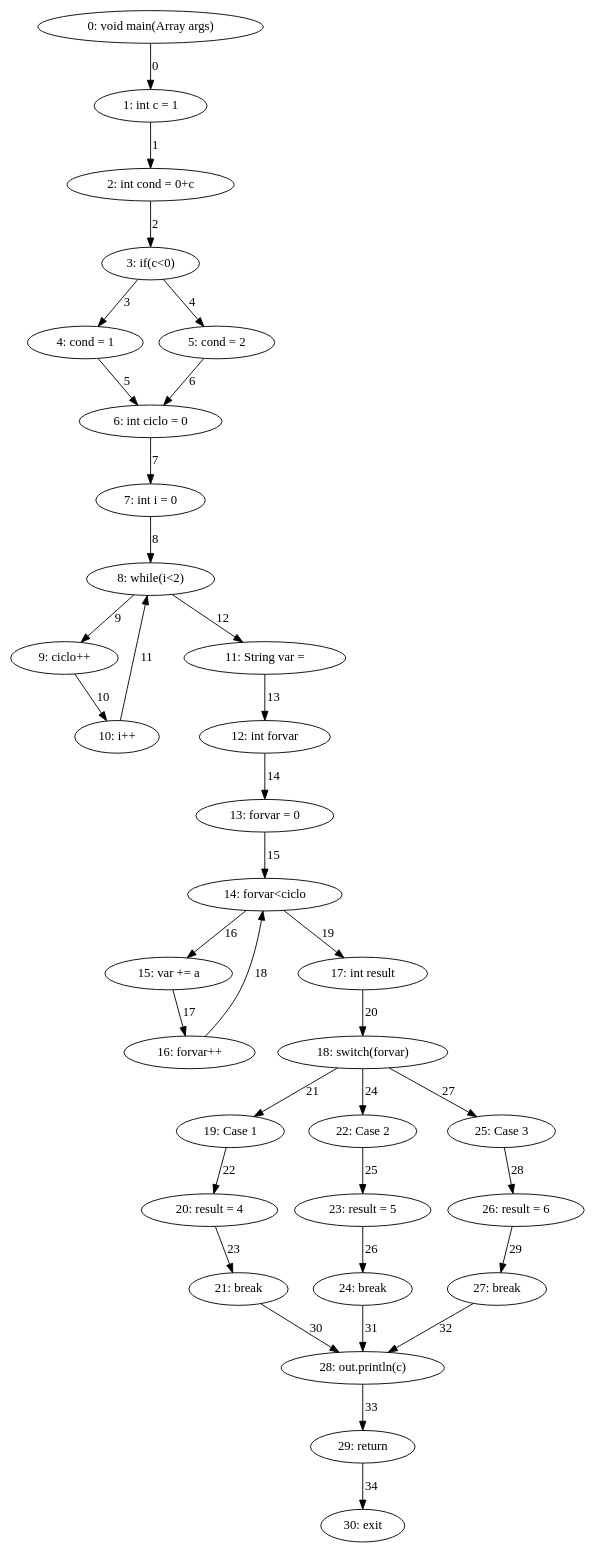
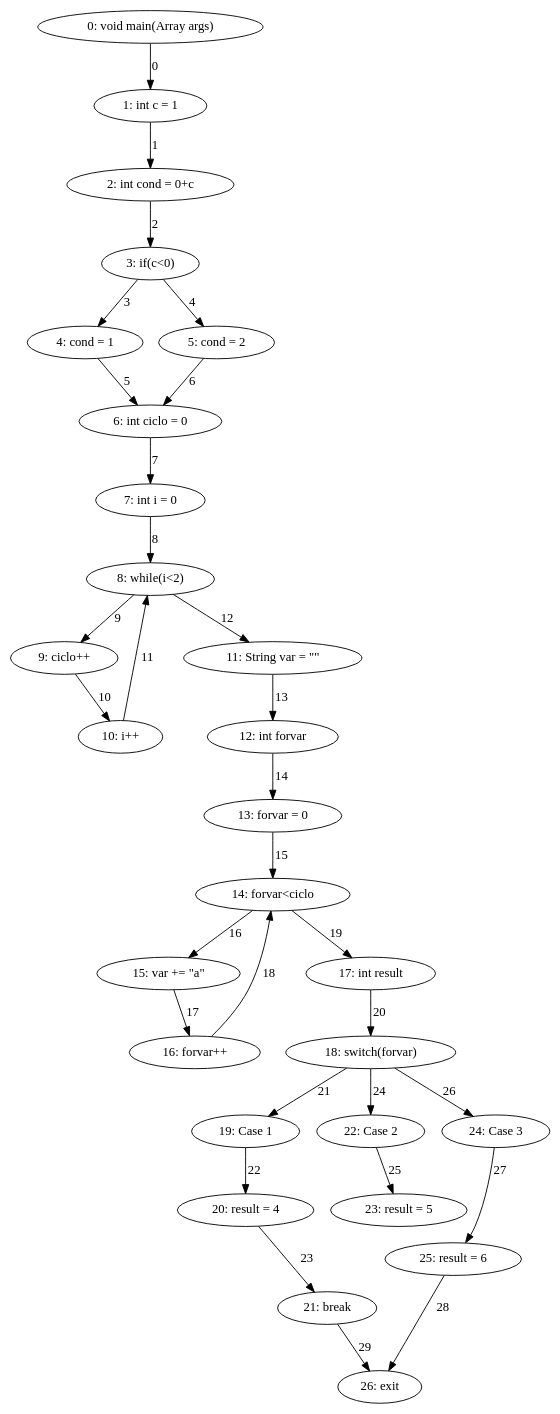
Before and after one commit to DominguesGM/comp_astanalyze: the diagram in export/ast2_cfg.dot, drawn with Graphviz. The commit also changed 15 other files, not shown here.

```diff
--- a/export/ast2_cfg.dot
+++ b/export/ast2_cfg.dot
@@ -1,68 +1,59 @@
 digraph G {
   1 [ label="0: void main(Array args)" ];
   2 [ label="1: int c = 1" ];
   3 [ label="2: int cond = 0+c" ];
   4 [ label="3: if(c<0)" ];
   5 [ label="4: cond = 1" ];
   6 [ label="5: cond = 2" ];
   7 [ label="6: int ciclo = 0" ];
   8 [ label="7: int i = 0" ];
   9 [ label="8: while(i<2)" ];
   10 [ label="9: ciclo++" ];
   11 [ label="10: i++" ];
-  12 [ label="11: String var = " ];
+  12 [ label="11: String var = \"\"" ];
   13 [ label="12: int forvar" ];
   14 [ label="13: forvar = 0" ];
   15 [ label="14: forvar<ciclo" ];
-  16 [ label="15: var += a" ];
+  16 [ label="15: var += \"a\"" ];
   17 [ label="16: forvar++" ];
   18 [ label="17: int result" ];
   19 [ label="18: switch(forvar)" ];
   20 [ label="19: Case 1" ];
   21 [ label="20: result = 4" ];
   22 [ label="21: break" ];
   23 [ label="22: Case 2" ];
   24 [ label="23: result = 5" ];
-  25 [ label="24: break" ];
-  26 [ label="25: Case 3" ];
-  27 [ label="26: result = 6" ];
-  28 [ label="27: break" ];
-  29 [ label="28: out.println(c)" ];
-  30 [ label="29: return" ];
-  31 [ label="30: exit" ];
+  25 [ label="24: Case 3" ];
+  26 [ label="25: result = 6" ];
+  27 [ label="26: exit" ];
   1 -> 2 [ label="0" ];
   2 -> 3 [ label="1" ];
   3 -> 4 [ label="2" ];
   4 -> 5 [ label="3" ];
   4 -> 6 [ label="4" ];
   5 -> 7 [ label="5" ];
   6 -> 7 [ label="6" ];
   7 -> 8 [ label="7" ];
   8 -> 9 [ label="8" ];
   9 -> 10 [ label="9" ];
   10 -> 11 [ label="10" ];
   11 -> 9 [ label="11" ];
   9 -> 12 [ label="12" ];
   12 -> 13 [ label="13" ];
   13 -> 14 [ label="14" ];
   14 -> 15 [ label="15" ];
   15 -> 16 [ label="16" ];
   16 -> 17 [ label="17" ];
   17 -> 15 [ label="18" ];
   15 -> 18 [ label="19" ];
   18 -> 19 [ label="20" ];
   19 -> 20 [ label="21" ];
   20 -> 21 [ label="22" ];
   21 -> 22 [ label="23" ];
   19 -> 23 [ label="24" ];
   23 -> 24 [ label="25" ];
-  24 -> 25 [ label="26" ];
-  19 -> 26 [ label="27" ];
+  19 -> 25 [ label="26" ];
+  25 -> 26 [ label="27" ];
   26 -> 27 [ label="28" ];
-  27 -> 28 [ label="29" ];
-  22 -> 29 [ label="30" ];
-  25 -> 29 [ label="31" ];
-  28 -> 29 [ label="32" ];
-  29 -> 30 [ label="33" ];
-  30 -> 31 [ label="34" ];
+  22 -> 27 [ label="29" ];
 }
```
